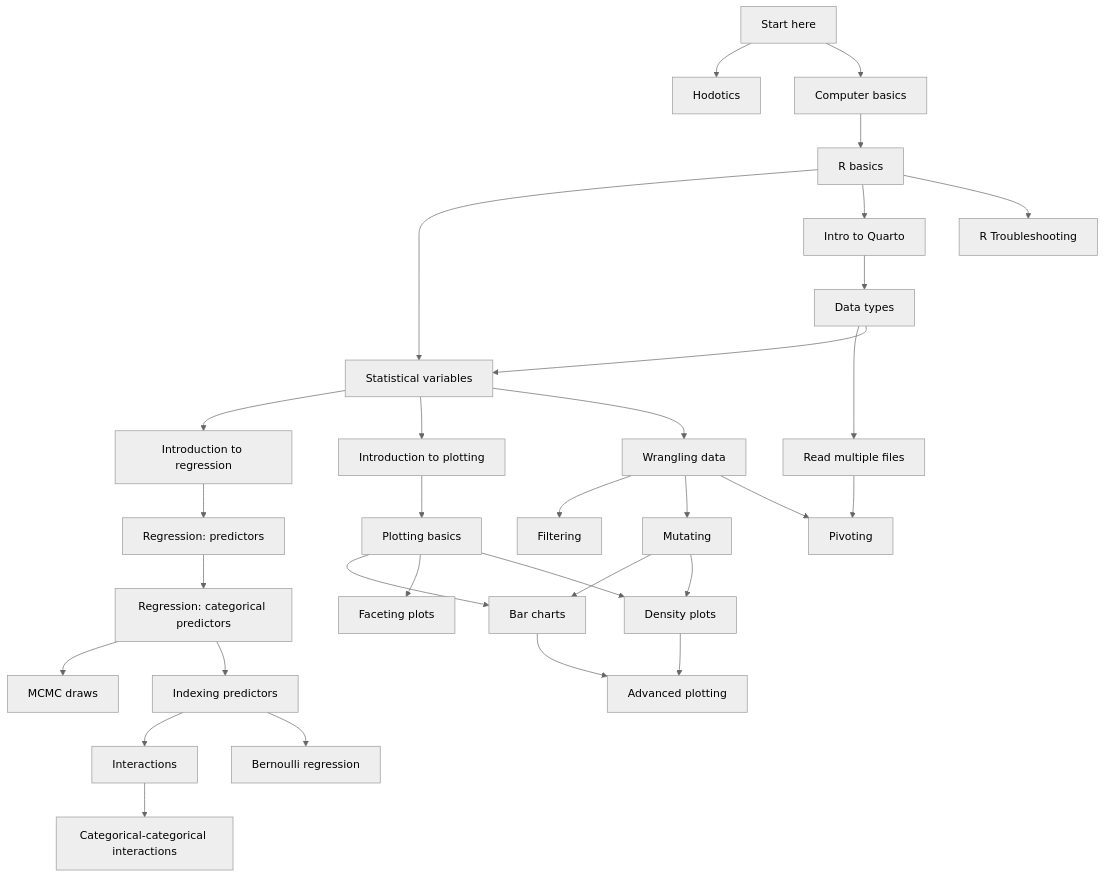
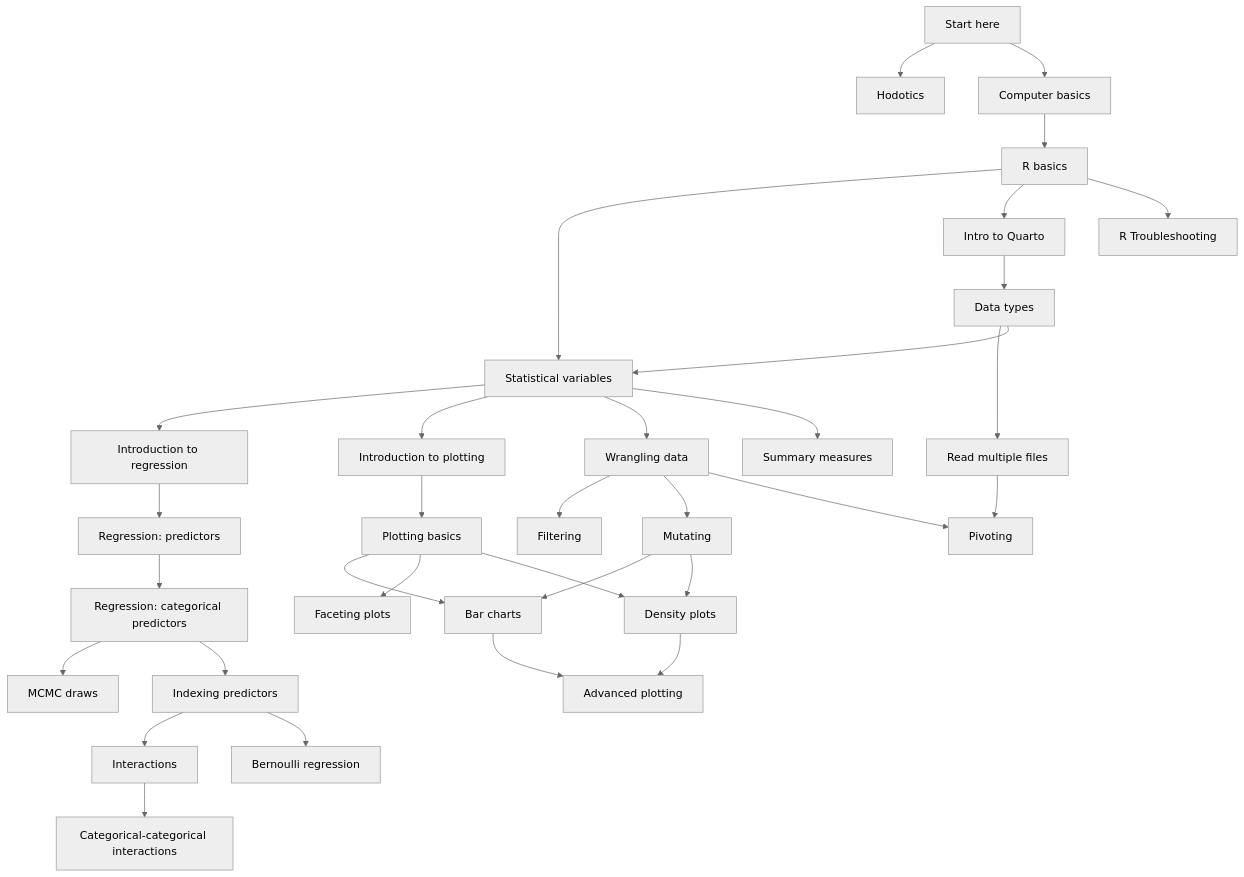
The diagram in map.qmd (uoelel/qml), drawn with Mermaid (neutral theme) before and after one commit. The commit also changed 93 other files, not shown here.

```diff
--- a/map.qmd
+++ b/map.qmd
@@ -48,6 +48,8 @@
   click AA href "posts/plot-density.html" "Go to page"
   AB[Advanced plotting]
   click AB href "posts/plot-advanced.html" "Go to page"
+  AC[Summary measures]
+  click AC href "posts/summaries.html" "Go to page"
   
   R[Regression: predictors]
   click R href "posts/intro-regression-predictors.html" "Go to page"
@@ -73,7 +75,7 @@
   H --> I & E
   I --> Q
   
-  E --> J & K & L
+  E --> J & K & L & AC
   
   K --> M
   M --> N & Z & AA
```
